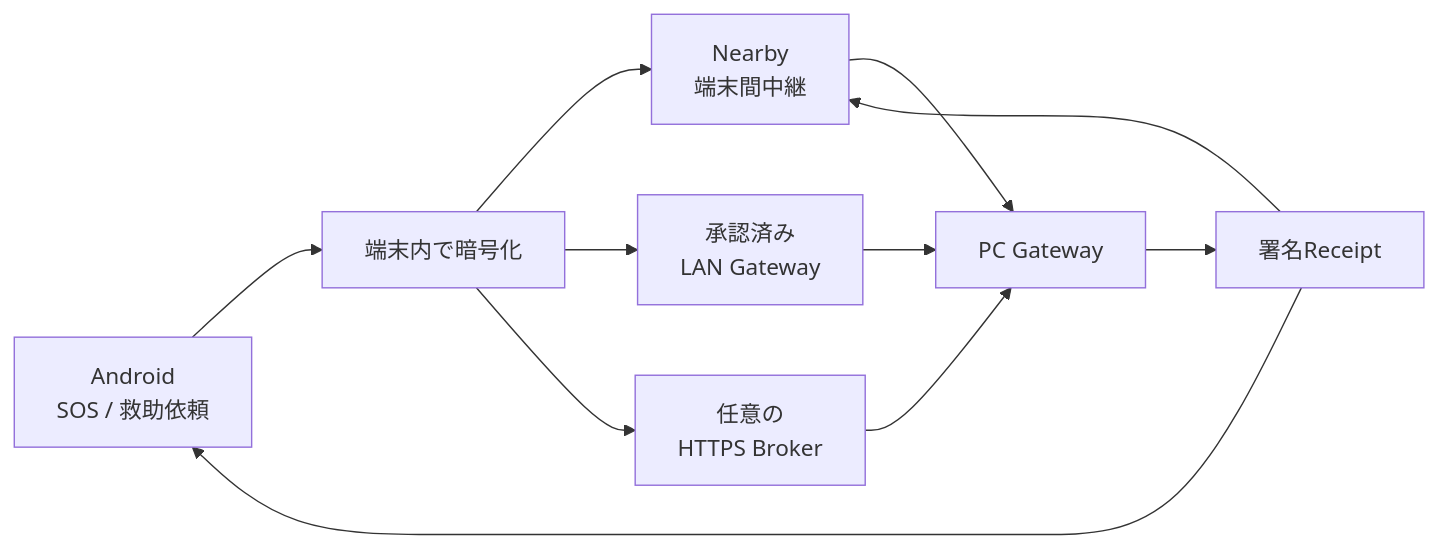
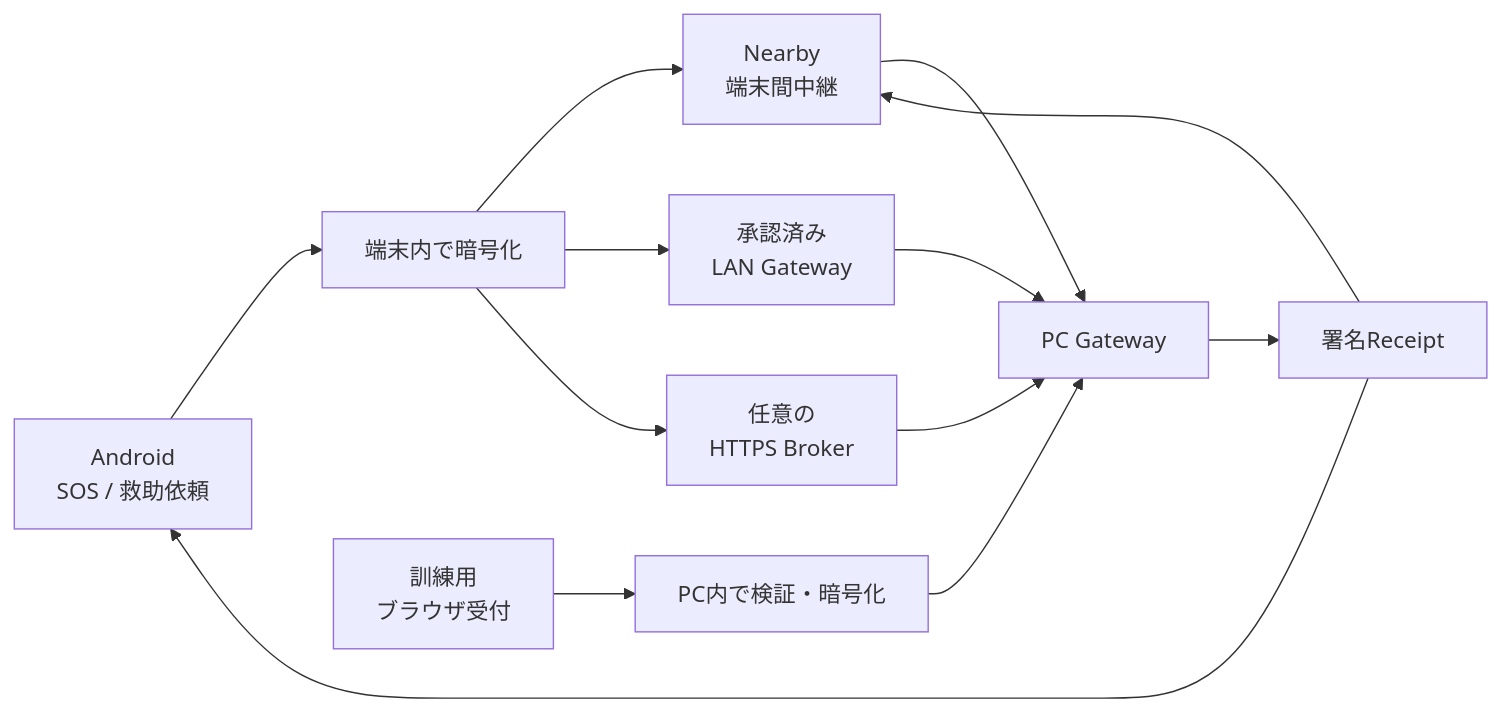
The diagram in README.md (NEGI46/Relay), drawn with Mermaid before and after one commit. The commit also changed other lines of this file, not shown here.

````diff
--- a/README.md
+++ b/README.md
@@ -41,13 +40,15 @@
 ```mermaid
 flowchart LR
     A[Android<br/>SOS / 救助依頼] --> E[端末内で暗号化]
     E --> N[Nearby<br/>端末間中継]
     E --> L[承認済み<br/>LAN Gateway]
     E --> B[任意の<br/>HTTPS Broker]
-    N --> G[PC Gateway]
+    W[訓練用<br/>ブラウザ受付] --> P[PC内で検証・暗号化]
+    P --> G[PC Gateway]
+    N --> G
     L --> G
     B --> G
     G --> R[署名Receipt]
     R --> A
     R --> N
 ```
````
